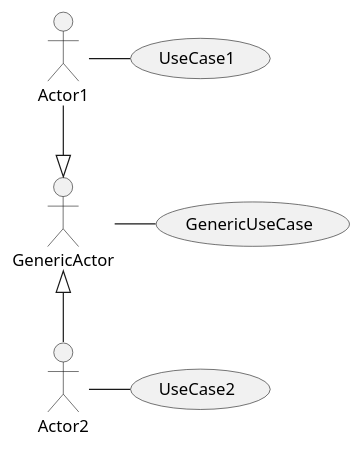
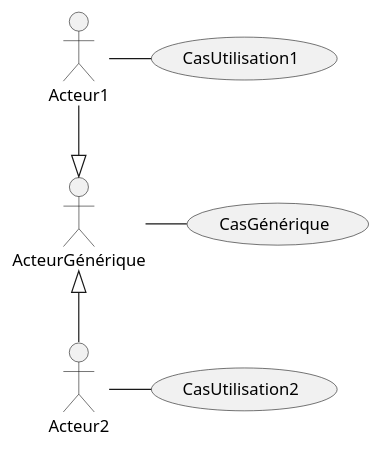
The diagram in plant_uml/actorsGeneralizationExample.plantuml (gigl-uml/Guide_uml_polymtl), drawn with PlantUML before and after one commit. The commit also changed 8 other files, not shown here.

Commit message:
cas utilisation traduction

```diff
--- a/plant_uml/actorsGeneralizationExample.plantuml
+++ b/plant_uml/actorsGeneralizationExample.plantuml
@@ -1,19 +1,19 @@
 @startuml
 skinparam backgroundcolor transparent
-actor GenericActor
-actor Actor1
-actor Actor2
+actor ActeurGénérique
+actor Acteur1
+actor Acteur2
 
-usecase GenericUseCase
-usecase UseCase1
-usecase UseCase2
+usecase CasGénérique
+usecase CasUtilisation1
+usecase CasUtilisation2
 
 
-GenericActor -r-- GenericUseCase
-Actor1 -r-- UseCase1
-Actor2 -r-- UseCase2
+ActeurGénérique -r-- CasGénérique
+Acteur1 -r-- CasUtilisation1
+Acteur2 -r-- CasUtilisation2
 
-Actor1 --|> GenericActor
-Actor2 -u-|> GenericActor
+Acteur1 --|> ActeurGénérique
+Acteur2 -u-|> ActeurGénérique
 
 @enduml
```
